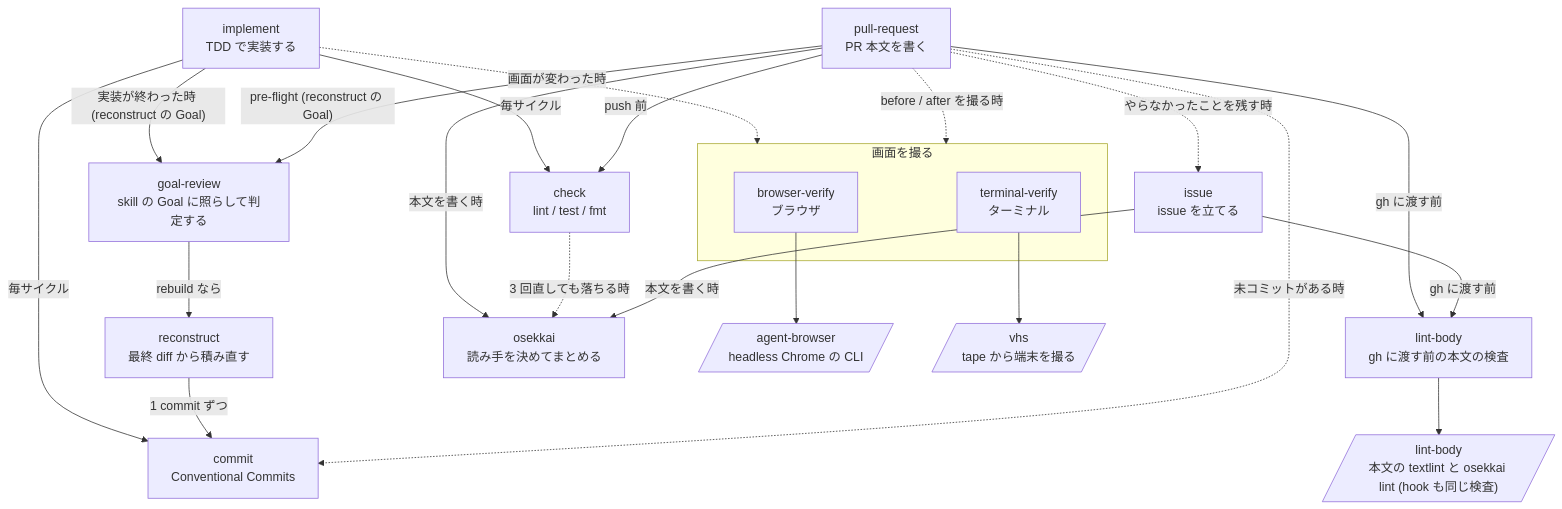
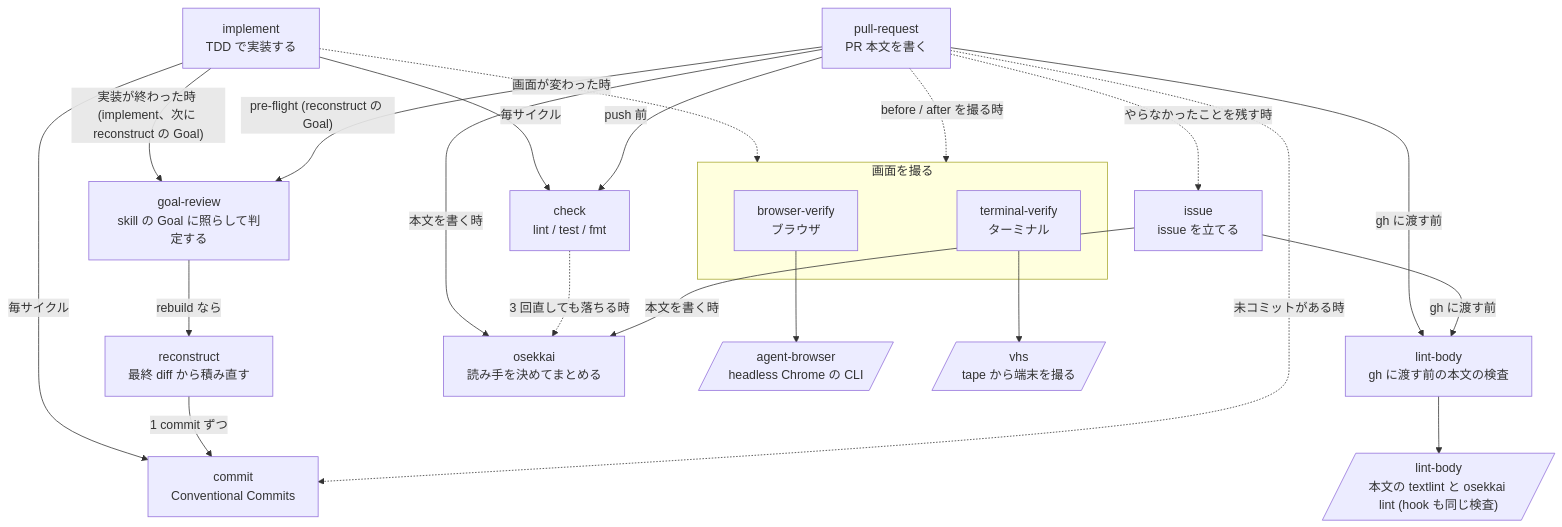
Before and after one commit to Xantibody/dotfiles: the first of 4 diagrams in configs/agents/README.md, drawn with Mermaid. The commit also changed other lines of this file and 2 other files, not shown here.

````diff
--- a/configs/agents/README.md
+++ b/configs/agents/README.md
@@ -15,39 +15,39 @@
 ```mermaid
 flowchart TD
   implement["implement<br/>TDD で実装する"]
   check["check<br/>lint / test / fmt"]
   commit["commit<br/>Conventional Commits"]
   gr["goal-review<br/>skill の Goal に照らして判定する"]
   reconstruct["reconstruct<br/>最終 diff から積み直す"]
   pr["pull-request<br/>PR 本文を書く"]
   issue["issue<br/>issue を立てる"]
   lbskill["lint-body<br/>gh に渡す前の本文の検査"]
   osekkai["osekkai<br/>読み手を決めてまとめる"]
   subgraph shot ["画面を撮る"]
     bv["browser-verify<br/>ブラウザ"]
     tv["terminal-verify<br/>ターミナル"]
   end
   ab[/"agent-browser<br/>headless Chrome の CLI"/]
   vhs[/"vhs<br/>tape から端末を撮る"/]
   lint[/"lint-body<br/>本文の textlint と osekkai lint (hook も同じ検査)"/]
 
   implement -->|"毎サイクル"| check
   implement -->|"毎サイクル"| commit
-  implement -->|"実装が終わった時 (reconstruct の Goal)"| gr
+  implement -->|"実装が終わった時 (implement、次に reconstruct の Goal)"| gr
   implement -.->|"画面が変わった時"| shot
   gr -->|"rebuild なら"| reconstruct
   reconstruct -->|"1 commit ずつ"| commit
   pr -->|"pre-flight (reconstruct の Goal)"| gr
   pr -->|"push 前"| check
   pr -->|"本文を書く時"| osekkai
   pr -->|"gh に渡す前"| lbskill
   pr -.->|"未コミットがある時"| commit
   pr -.->|"before / after を撮る時"| shot
   pr -.->|"やらなかったことを残す時"| issue
   check -.->|"3 回直しても落ちる時"| osekkai
   issue -->|"本文を書く時"| osekkai
   issue -->|"gh に渡す前"| lbskill
   lbskill --> lint
   bv --> ab
   tv --> vhs
 ```
````
